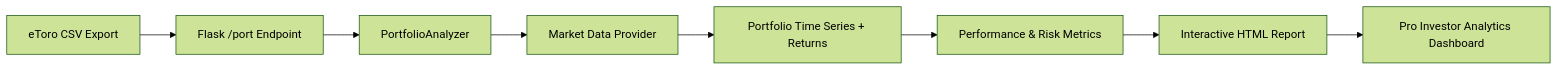
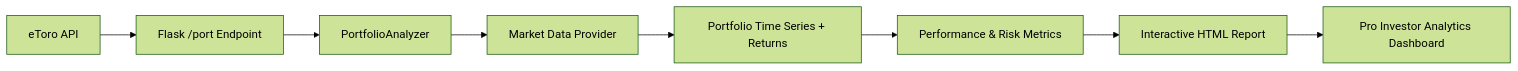
The diagram in Functions/port/README.md (AlphaSentra/alphasentra-functions), drawn with Mermaid (forest theme) before and after one commit. The commit also changed other lines of this file and 10 other files, not shown here.

````diff
--- a/Functions/port/README.md
+++ b/Functions/port/README.md
@@ -9,10 +9,10 @@
 ```mermaid
 graph LR
-    A[eToro CSV Export] --> B[Flask /port Endpoint]
+    A[eToro API] --> B[Flask /port Endpoint]
     B --> C[PortfolioAnalyzer]
     C --> D[Market Data Provider]
     D --> E[Portfolio Time Series + Returns]
     E --> F[Performance & Risk Metrics]
     F --> G[Interactive HTML Report]
     G --> H[Pro Investor Analytics Dashboard]
 ```
````
